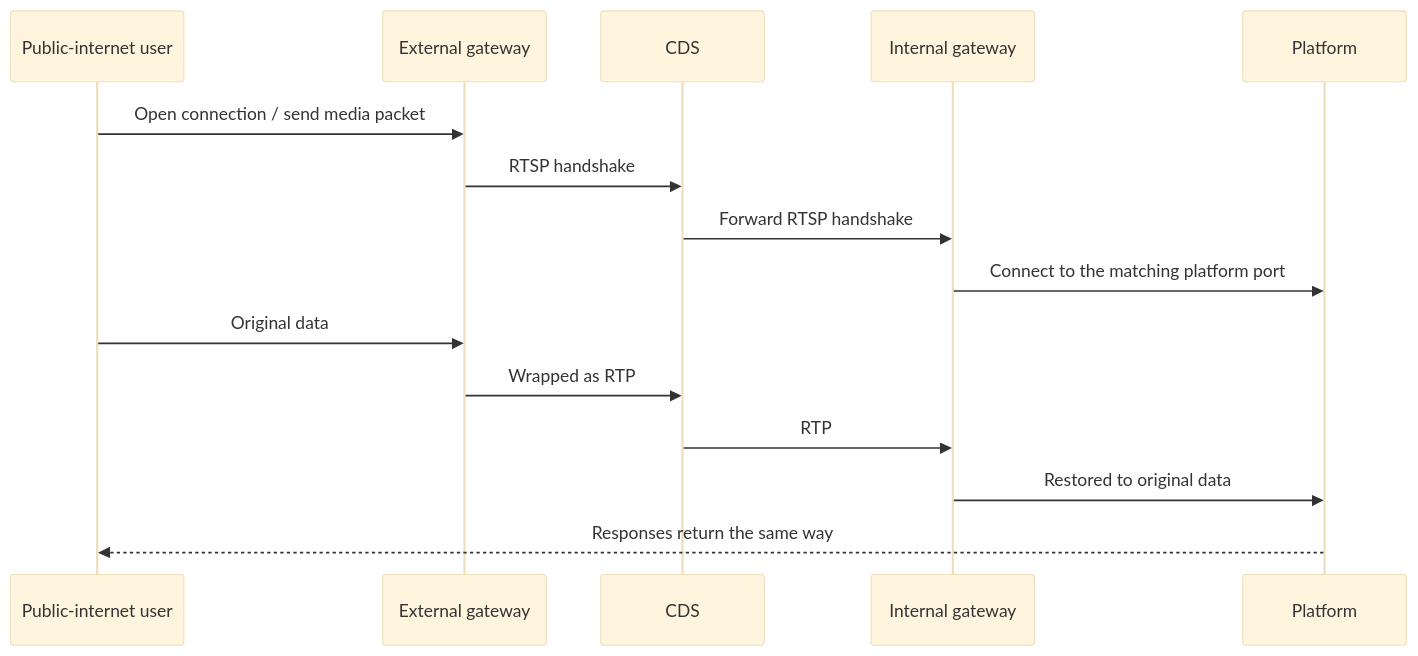
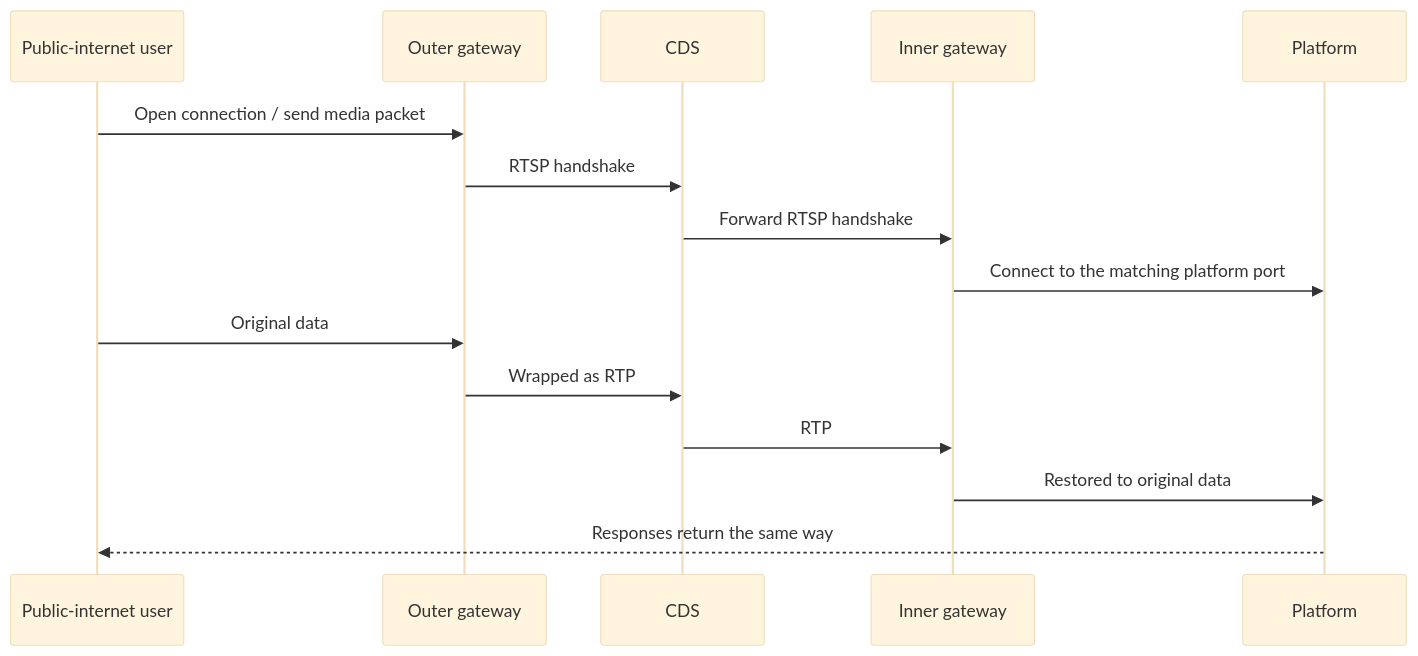
Before and after one commit to seastart/stmlink-docs: the second of 2 diagrams in en/product/deploy/optical-gap.md, drawn with Mermaid (base theme). The commit also changed other lines of this file and 10 other files, not shown here.

````diff
--- a/en/product/deploy/optical-gap.md
+++ b/en/product/deploy/optical-gap.md
@@ -55,18 +55,18 @@
 ```mermaid
 sequenceDiagram
     participant C as Public-internet user
-    participant O as External gateway
+    participant O as Outer gateway
     participant G as CDS
-    participant I as Internal gateway
+    participant I as Inner gateway
     participant P as Platform
 
     C->>O: Open connection / send media packet
     O->>G: RTSP handshake
     G->>I: Forward RTSP handshake
     I->>P: Connect to the matching platform port
     C->>O: Original data
     O->>G: Wrapped as RTP
     G->>I: RTP
     I->>P: Restored to original data
     P-->>C: Responses return the same way
 ```
````
